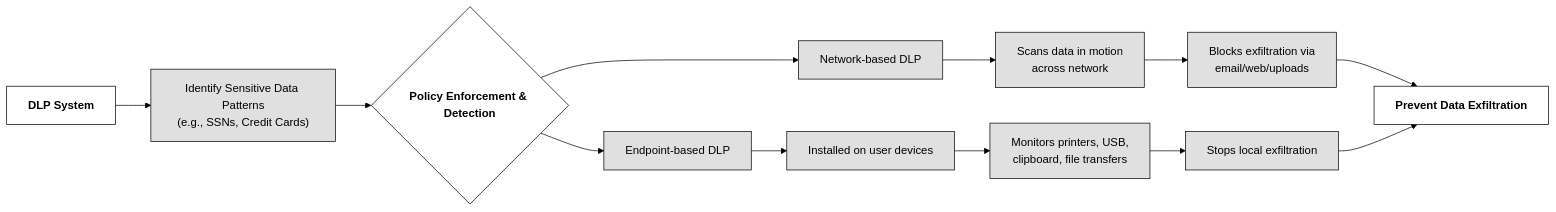
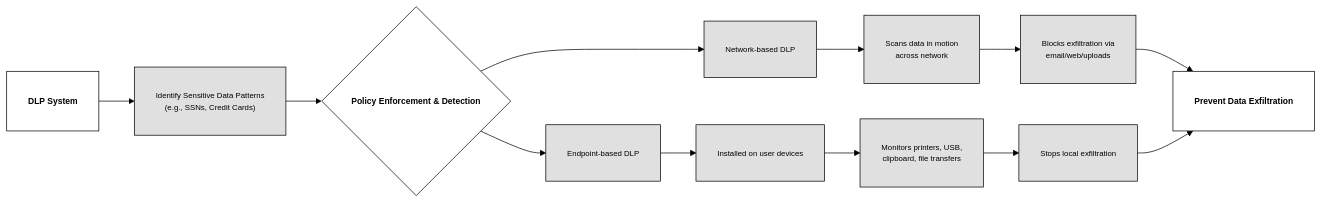
Before and after one commit to lorenzoleonelli/CISSP-Zero-to-Hero: the diagram in DOMAIN2 - Asset Security/2.2 Establish information and asset handling requirements.md, drawn with Mermaid (forest theme).

Commit message:
LL 2026-11-7:17:25:15

````diff
--- a/DOMAIN2 - Asset Security/2.2 Establish information and asset handling requirements.md
+++ b/DOMAIN2 - Asset Security/2.2 Establish information and asset handling requirements.md
@@ -15,24 +15,26 @@
 ```mermaid
+
 flowchart LR
-    A["DLP System"] --> B["Identify Sensitive Data Patterns<br/>(e.g., SSNs, Credit Cards)"]
-    B --> C{"Policy Enforcement & Detection"}
-    
-    C --> D["Network-based DLP"]
-    C --> E["Endpoint-based DLP"]
-    
-    D --> D1["Scans data in motion<br/>across network"]
-    D1 --> D2["Blocks exfiltration via<br/>email/web/uploads"]
-    
-    E --> E1["Installed on user devices"]
-    E1 --> E2["Monitors printers, USB,<br/>clipboard, file transfers"]
-    E2 --> E3["Stops local exfiltration"]
 
-    D2 --> F["Prevent Data Exfiltration"]
-    E3 --> F
+A["DLP System"] --> B["Identify Sensitive Data Patterns<br/>(e.g., SSNs, Credit Cards)"]
 
-    classDef center fill:#ffffff,color:#000000,stroke:#000000,stroke-width:1px,font-weight:bold
-    classDef node fill:#e0e0e0,color:#000000,stroke:#000000,stroke-width:1px
+B --> C{"Policy Enforcement & Detection"}
+C --> D["Network-based DLP"]
+C --> E["Endpoint-based DLP"]
 
-    class A,C,F center
-    class B,D,E,D1,D2,E1,E2,E3 node
+D --> D1["Scans data in motion<br/>across network"]
+D1 --> D2["Blocks exfiltration via<br/>email/web/uploads"]
+
+E --> E1["Installed on user devices"]
+E1 --> E2["Monitors printers, USB,<br/>clipboard, file transfers"]
+E2 --> E3["Stops local exfiltration"]
+
+D2 --> F["Prevent Data Exfiltration"]
+E3 --> F
+
+classDef center fill:#ffffff,color:#000000,stroke:#000000,stroke-width:1px,font-weight:bold,font-size:12px,padding:6px
+classDef node fill:#e0e0e0,color:#000000,stroke:#000000,stroke-width:1px,font-size:11px,padding:6px
+
+class A,C,F center
+class B,D,E,D1,D2,E1,E2,E3 node
 ```
````
